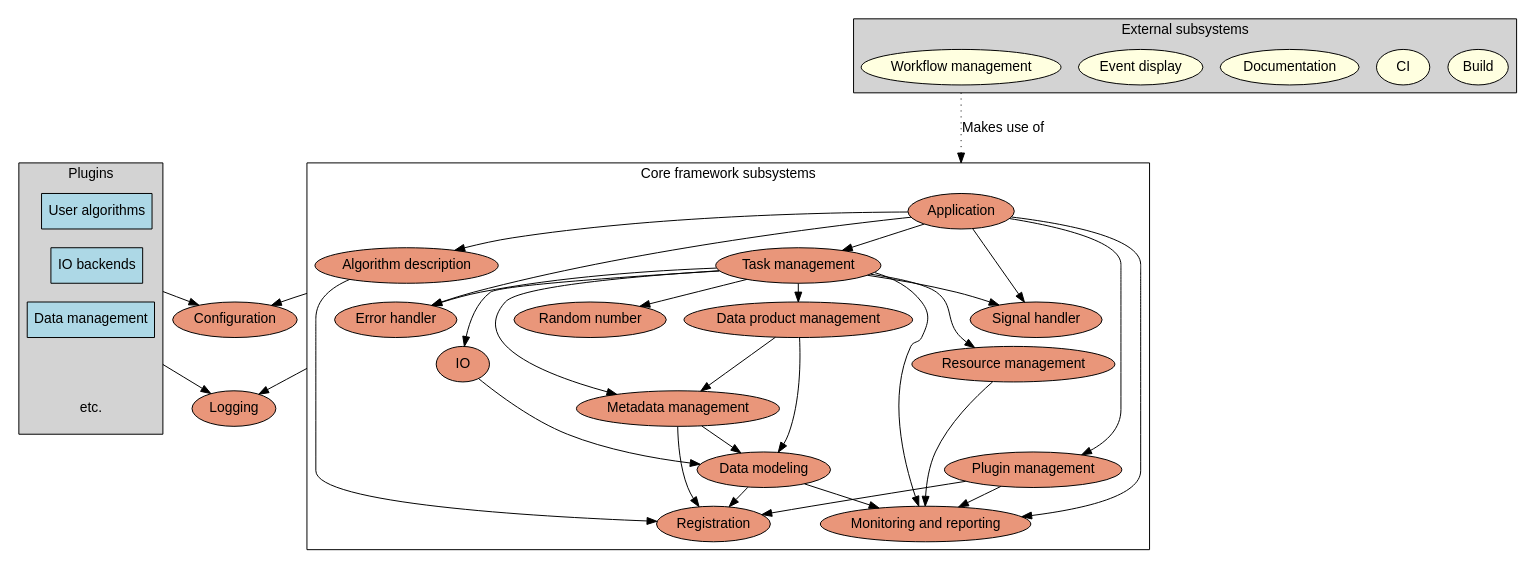
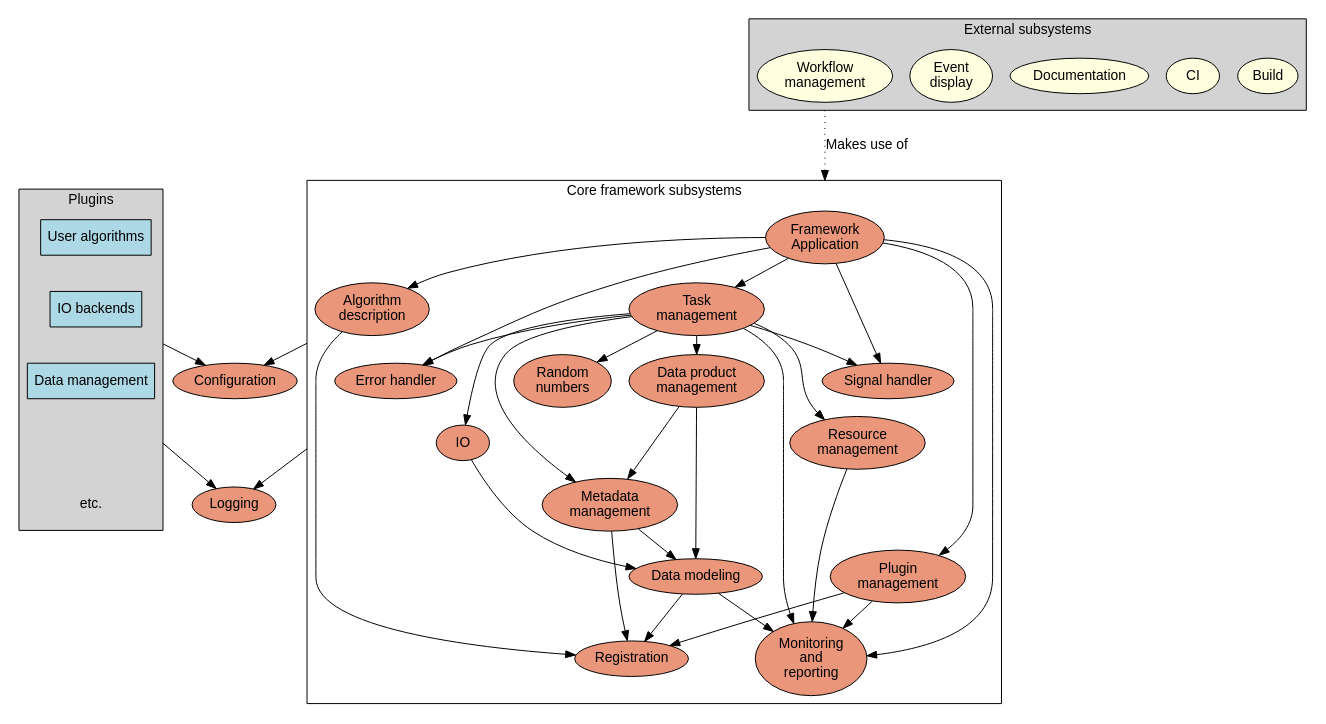
Before and after one commit to Framework-R-D/phlex-design: the diagram in doc/subsystems.gv, drawn with Graphviz. The commit also changed 3 other files, not shown here.

First line of the commit message:
Reorganize data product documentation

```diff
--- a/doc/subsystems.gv
+++ b/doc/subsystems.gv
@@ -1,104 +1,104 @@
 digraph finite_state_machine {
   fontname="Helvetica,Arial,sans-serif"
   compound=true
   node [fontname="Helvetica,Arial,sans-serif", style=filled, fillcolor=darksalmon];
 
   logging [label="Logging"];
   configuration [label="Configuration"];
 
   subgraph cluster_core_subsystems {
     label = "Core framework subsystems";
 
-    algo_description [label="Algorithm description"];
-    application [label="Application"];
+    algo_description [label="Algorithm\ndescription"];
+    application [label="Framework\nApplication"];
     data_modeling [label="Data modeling"];
     error_handler [label="Error handler"];
     io [label="IO"];
-    data_product_management [label="Data product management"];
-    metadata_management [label="Metadata management"];
-    monitoring [label="Monitoring and reporting"];
-    plugin_management [label="Plugin management"];
+    data_product_management [label="Data product\nmanagement"];
+    metadata_management [label="Metadata\nmanagement"];
+    monitoring [label="Monitoring\nand\nreporting"];
+    plugin_management [label="Plugin\nmanagement"];
     registration [label="Registration"];
-    random_number [ label="Random number"];
-    resource_management [label="Resource management"];
+    random_number [ label="Random\nnumbers"];
+    resource_management [label="Resource\nmanagement"];
     signal_handler [label="Signal handler"];
-    task_management [label="Task management"];
+    task_management [label="Task\nmanagement"];
 
     { rank=same; algo_description; task_management; }
 
     algo_description -> registration;
 
     application -> algo_description;
     application -> error_handler;
     application -> monitoring;
     application -> plugin_management;
     application -> signal_handler;
     application -> task_management;
 
     data_modeling -> monitoring;
     data_modeling -> registration;
 
     io -> data_modeling;
 
     metadata_management -> data_modeling;
     metadata_management -> registration;
 
     plugin_management -> monitoring;
     plugin_management -> registration;
 
     resource_management -> monitoring;
 
     task_management -> error_handler;
     task_management -> io;
     task_management -> data_product_management;
     task_management -> metadata_management;
     task_management -> monitoring;
     task_management -> random_number;
     task_management -> resource_management;
     task_management -> signal_handler;
 
     data_product_management -> metadata_management;
     data_product_management -> data_modeling;
   }
 
   subgraph cluster_external {
     label="External subsystems";
     edge [style=invis]
     node [fillcolor=lightyellow];
     style="filled";
     fillcolor="lightgray";
 
     Build;
     CI;
     Documentation;
-    event_display [label="Event display"];
-    workflow [label="Workflow management"];
+    event_display [label="Event\ndisplay"];
+    workflow [label="Workflow\nmanagement"];
   }
 
   subgraph cluster_plugins {
     label="Plugins";
     edge [style=invis]
     node [shape=box,fillcolor=lightblue];
     ranksep="0.05";
     style="filled";
     fillcolor="lightgray";
 
     Algo [label="User algorithms"]
     ROOT [label="IO backends"]
     RUCIO [label="Data management"]
     ellipsis [label="etc.", fillcolor=none, peripheries=0];
     Algo -> ROOT -> RUCIO -> ellipsis;
   }
 
   algo_description -> configuration [ltail=cluster_core_subsystems];
   error_handler -> logging [ltail=cluster_core_subsystems];
 
   RUCIO -> logging [ltail=cluster_plugins];
   ROOT -> configuration [ltail=cluster_plugins];
   workflow -> application [ltail=cluster_external,
                            lhead=cluster_core_subsystems,
                            fontname="Helvetica,Arial,sans-serif",
                            label=" Makes use of",
                            style=dotted,
                            minlen=3]
 }
```
